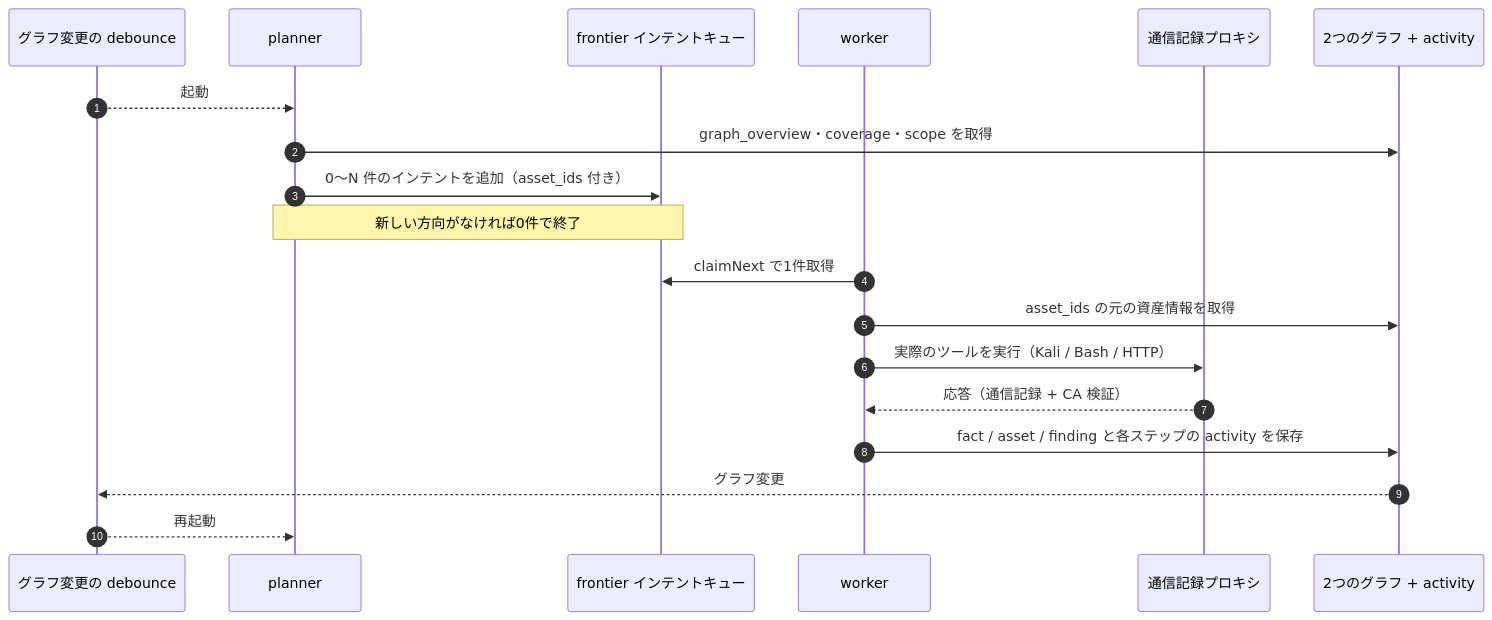
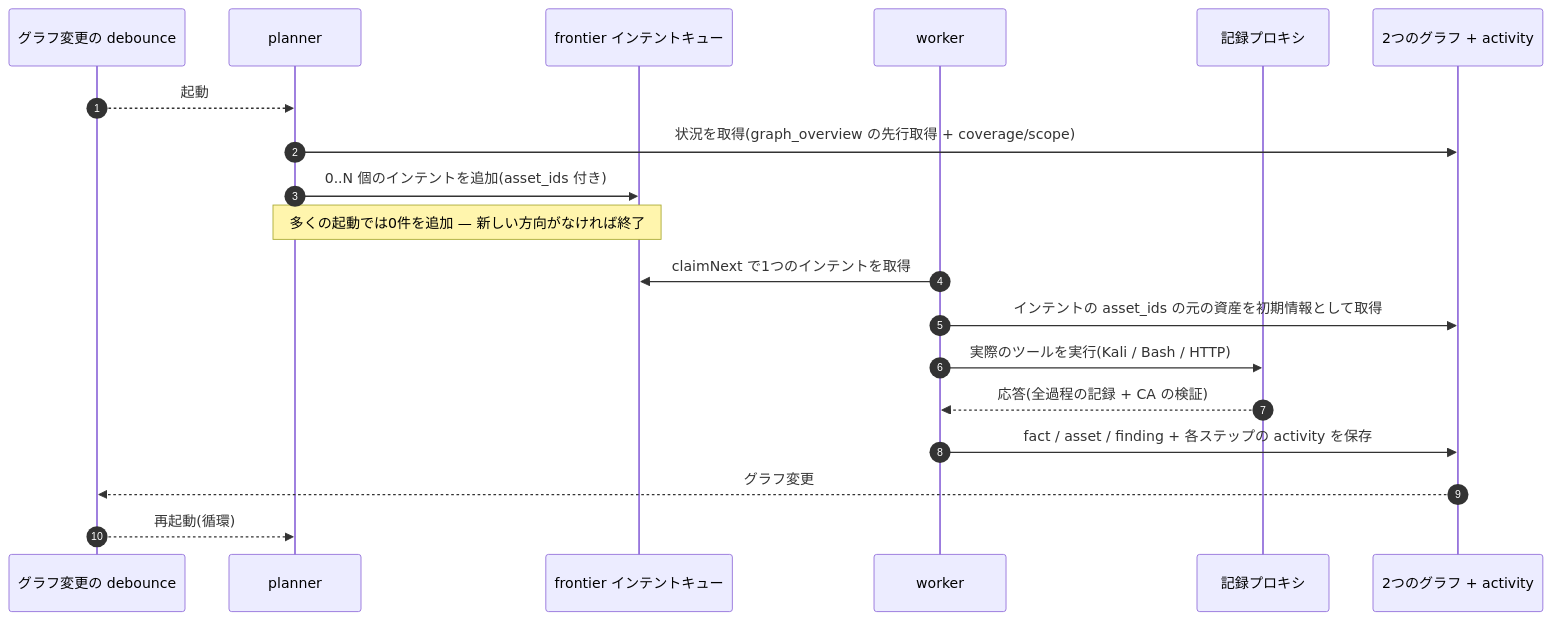
The third of 5 diagrams in README.md (hara-kazu/ARTEX-Japanese), drawn with Mermaid before and after one commit. The commit also changed other lines of this file and 85 other files, not shown here.

````diff
--- a/README.md
+++ b/README.md
@@ -464,21 +399,22 @@
 ```mermaid
 sequenceDiagram
   autonumber
   participant EV as グラフ変更の debounce
   participant P as planner
   participant FR as frontier インテントキュー
   participant W as worker
-  participant PX as 通信記録プロキシ
+  participant PX as 記録プロキシ
   participant DB as 2つのグラフ + activity
+
   EV-->>P: 起動
-  P->>DB: graph_overview・coverage・scope を取得
-  P->>FR: 0～N 件のインテントを追加（asset_ids 付き）
-  Note over P,FR: 新しい方向がなければ0件で終了
-  W->>FR: claimNext で1件取得
-  W->>DB: asset_ids の元の資産情報を取得
-  W->>PX: 実際のツールを実行（Kali / Bash / HTTP）
-  PX-->>W: 応答（通信記録 + CA 検証）
-  W->>DB: fact / asset / finding と各ステップの activity を保存
+  P->>DB: 状況を取得(graph_overview の先行取得 + coverage/scope)
+  P->>FR: 0..N 個のインテントを追加(asset_ids 付き)
+  Note over P,FR: 多くの起動では0件を追加 — 新しい方向がなければ終了
+  W->>FR: claimNext で1つのインテントを取得
+  W->>DB: インテントの asset_ids の元の資産を初期情報として取得
+  W->>PX: 実際のツールを実行(Kali / Bash / HTTP)
+  PX-->>W: 応答(全過程の記録 + CA の検証)
+  W->>DB: fact / asset / finding + 各ステップの activity を保存
   DB-->>EV: グラフ変更
-  EV-->>P: 再起動
+  EV-->>P: 再起動(循環)
 ```
````
